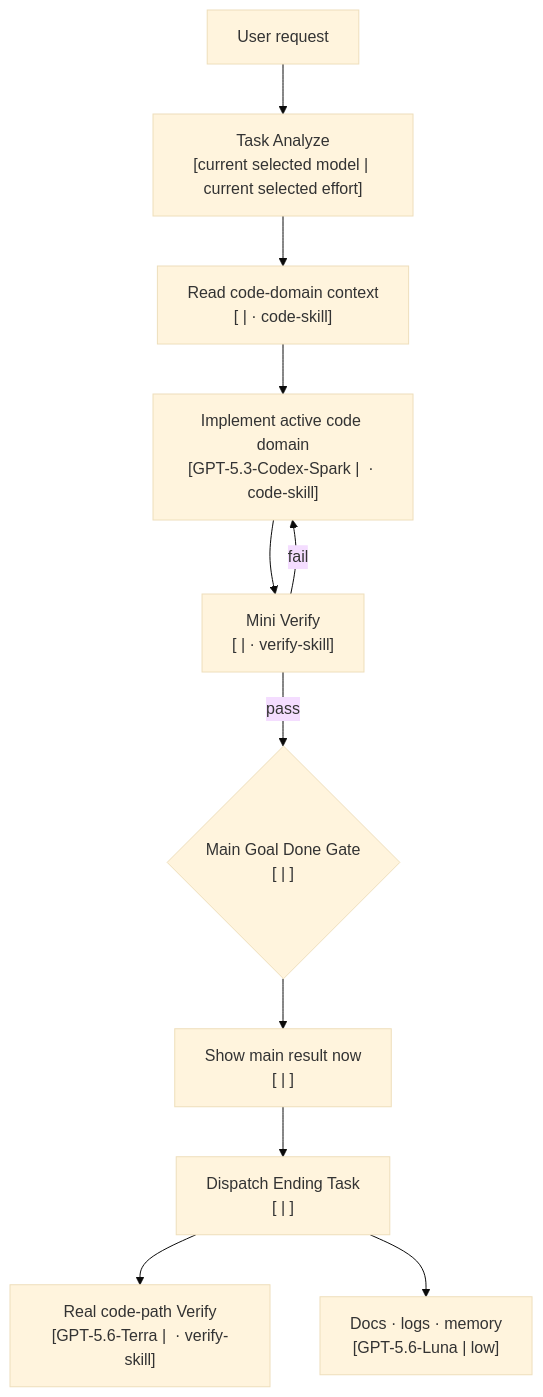
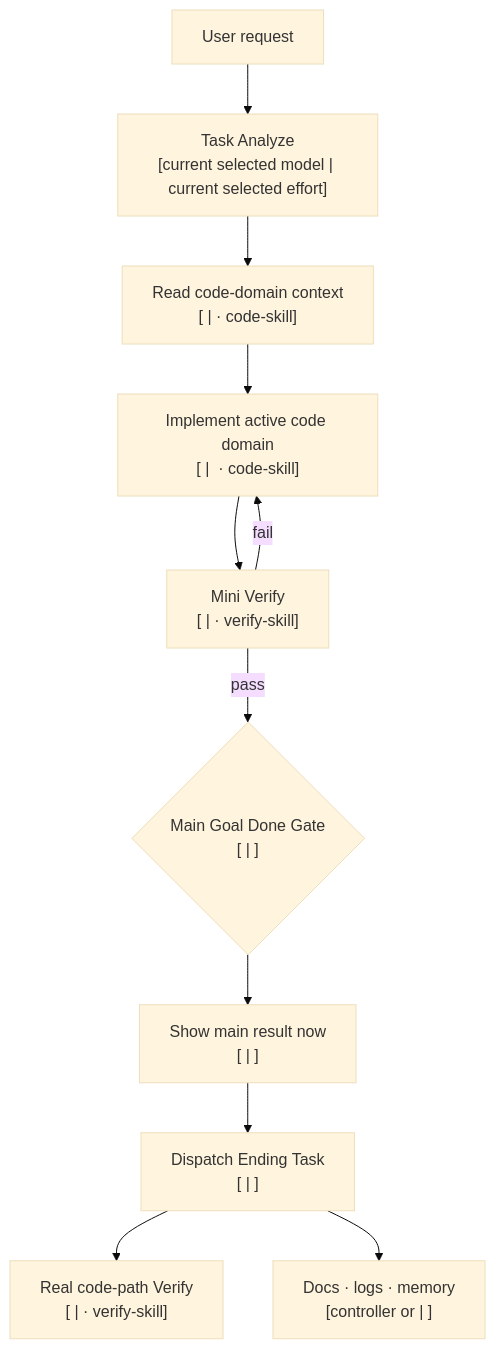
The second of 3 diagrams in workflow-skill/references/start-diagram-template.md (qinbatista/qin-codex-skills), drawn with Mermaid (base theme) before and after one commit. The commit also changed other lines of this file and 50 other files, not shown here.

Commit message:
Make model routing dynamic and token first

````diff
--- a/workflow-skill/references/start-diagram-template.md
+++ b/workflow-skill/references/start-diagram-template.md
@@ -40,13 +40,13 @@
 ```mermaid
 flowchart TD
   U["User request"] --> A["Task Analyze<br/>[current selected model | current selected effort]"]
   A --> B["Read code-domain context<br/>[<planned model> | <effort> · code-skill]"]
-  B --> C["Implement active code domain<br/>[GPT-5.3-Codex-Spark | <effort> · code-skill]"]
+  B --> C["Implement active code domain<br/>[<dynamic selected model> | <effort> · code-skill]"]
   C --> V["Mini Verify<br/>[<model> | <effort> · verify-skill]"]
   V -->|fail| C
   V -->|pass| G{"Main Goal Done Gate<br/>[<model> | <effort>]"}
   G --> R["Show main result now<br/>[<model> | <effort>]"]
   R --> E["Dispatch Ending Task<br/>[<model> | <effort>]"]
-  E --> RV["Real code-path Verify<br/>[GPT-5.6-Terra | <effort> · verify-skill]"]
-  E --> D["Docs · logs · memory<br/>[GPT-5.6-Luna | low]"]
+  E --> RV["Real code-path Verify<br/>[<dynamic selected model> | <effort> · verify-skill]"]
+  E --> D["Docs · logs · memory<br/>[controller or <dynamic selected model> | <effort>]"]
 ```
````
